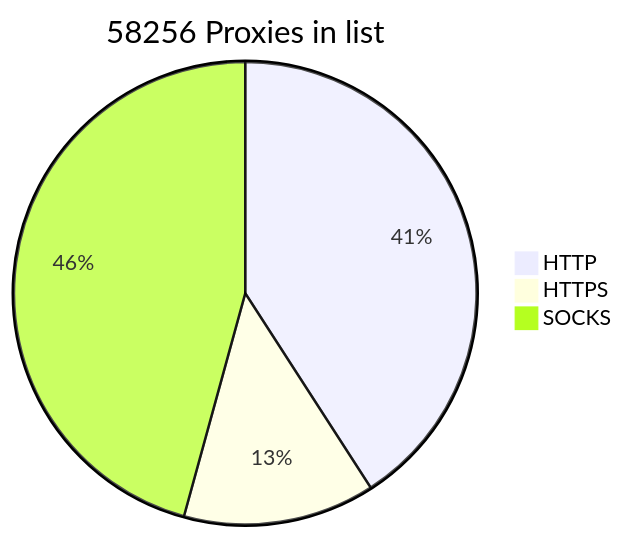
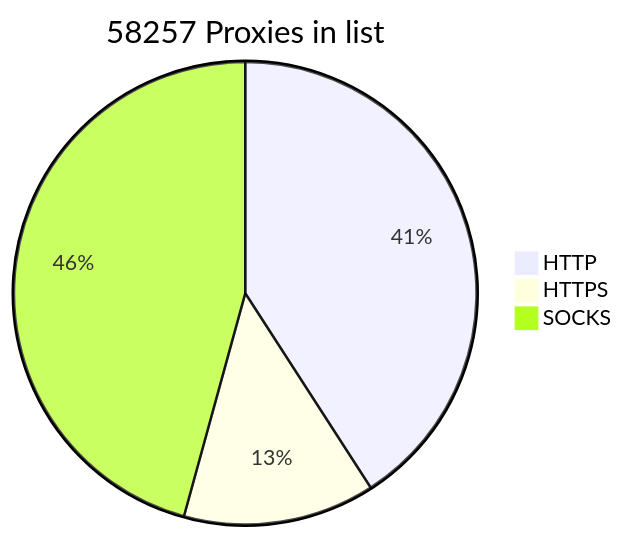
The diagram in README.md (BlackSnowDot/proxylist-update-every-minute), drawn with Mermaid before and after one commit.

````diff
--- a/README.md
+++ b/README.md
@@ -2,6 +2,6 @@
 ```mermaid
-pie title 58256 Proxies in list
+pie title 58257 Proxies in list
     "HTTP" : 26832
-    "HTTPS": 8790
+    "HTTPS": 8791
     "SOCKS" : 30016
 ```
````
